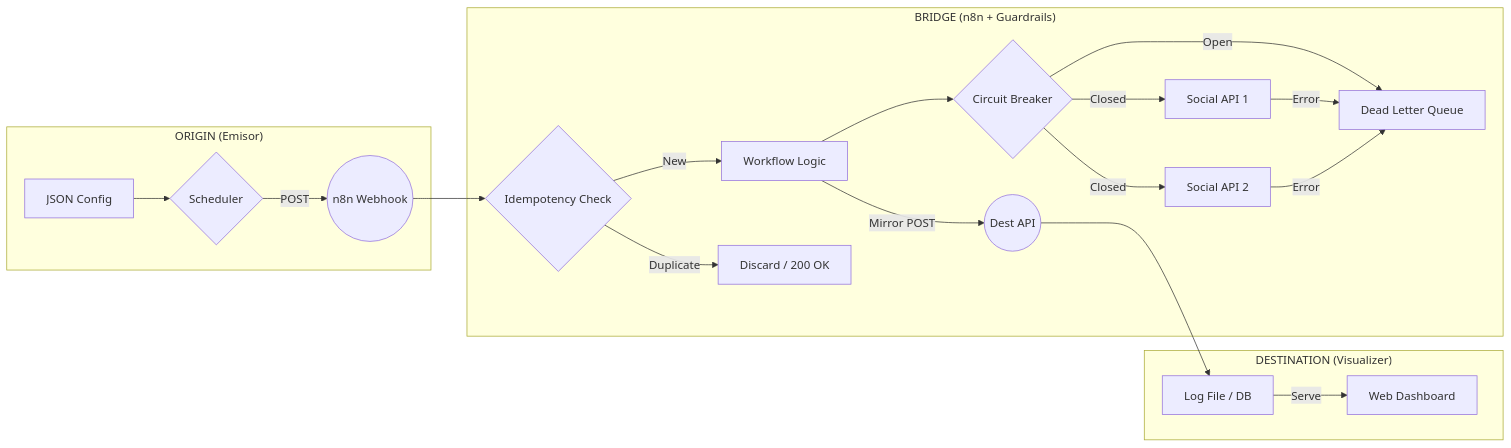
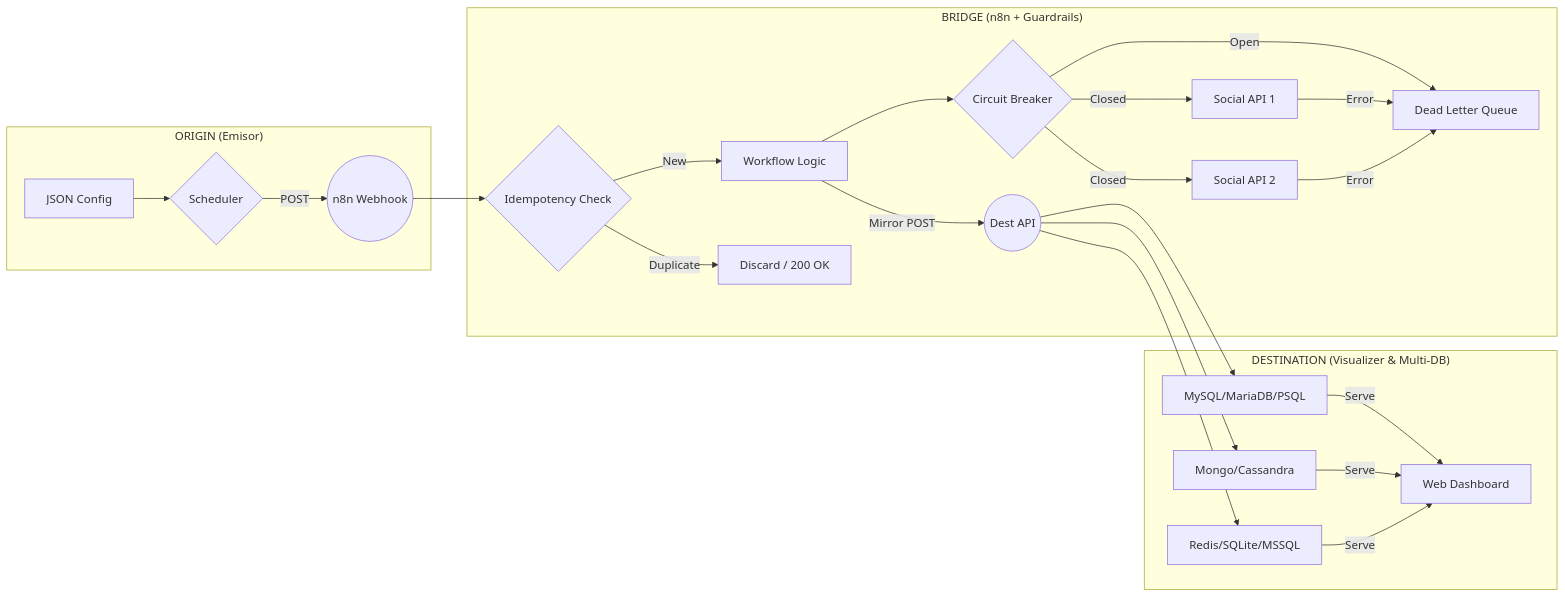
Before and after one commit to vladimiracunadev-create/social-bot-scheduler: the first of 3 diagrams in docs/ARCHITECTURE.md, drawn with Mermaid. The commit also changed other lines of this file and 25 other files, not shown here.

````diff
--- a/docs/ARCHITECTURE.md
+++ b/docs/ARCHITECTURE.md
@@ -41,24 +42,26 @@
 ```mermaid
 graph LR
     subgraph "ORIGIN (Emisor)"
         A[JSON Config] --> B{Scheduler}
         B -- POST --> C((n8n Webhook))
     end
 
     subgraph "BRIDGE (n8n + Guardrails)"
         C((n8n Webhook)) --> CM{Idempotency Check}
         CM -- New --> D[Workflow Logic]
         CM -- Duplicate --> C1[Discard / 200 OK]
         D --> CB{Circuit Breaker}
         CB -- Closed --> E[Social API 1]
         CB -- Closed --> F[Social API 2]
         CB -- Open --> DLQ[Dead Letter Queue]
         E & F -- Error --> DLQ
         D -- Mirror POST --> G((Dest API))
     end
 
-    subgraph "DESTINATION (Visualizer)"
-        G --> H[Log File / DB]
-        H -- Serve --> I[Web Dashboard]
+    subgraph "DESTINATION (Visualizer & Multi-DB)"
+        G --> H1[MySQL/MariaDB/PSQL]
+        G --> H2[Mongo/Cassandra]
+        G --> H3[Redis/SQLite/MSSQL]
+        H1 & H2 & H3 -- Serve --> I[Web Dashboard]
     end
 ```
````
